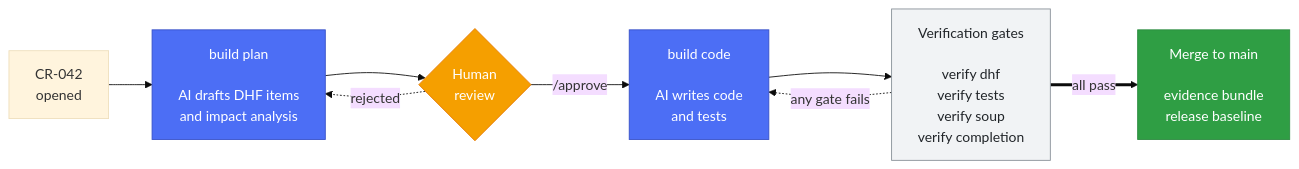
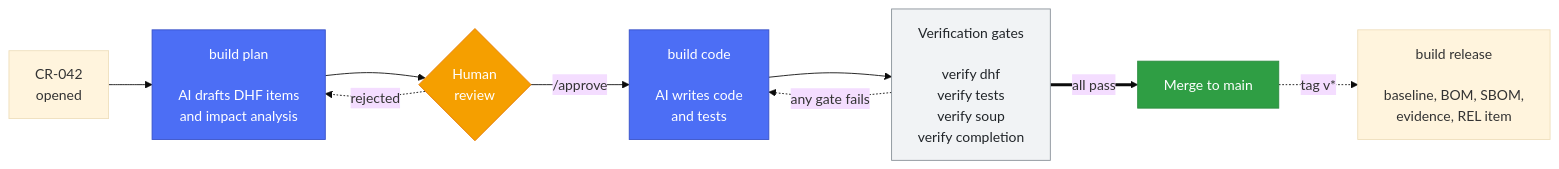
One commit to itercharles/MedHarness changed the diagram in README.md. Above: the diagram before and after it, drawn with Mermaid (base theme). The commit also changed other lines of this file and 68 other files, not shown here.

````diff
--- a/README.md
+++ b/README.md
@@ -57,16 +57,17 @@
 ```mermaid
 flowchart LR
     CR["CR-042<br/>opened"] --> PLAN
     PLAN["build plan<br/><br/>AI drafts DHF items<br/>and impact analysis"] --> REV{"Human<br/>review"}
     REV -.->|rejected| PLAN
     REV -->|"/approve"| IMPL["build code<br/><br/>AI writes code<br/>and tests"]
     IMPL --> GATES["Verification gates<br/><br/>verify dhf<br/>verify tests<br/>verify soup<br/>verify completion"]
     GATES -.->|any gate fails| IMPL
-    GATES ==>|all pass| MERGE["Merge to main<br/><br/>evidence bundle<br/>release baseline"]
+    GATES ==>|all pass| MERGE["Merge to main"]
+    MERGE -.->|"tag v*"| REL["build release<br/><br/>baseline, BOM, SBOM,<br/>evidence, REL item"]
 
     style PLAN fill:#4c6ef5,color:#fff,stroke:#364fc7
     style IMPL fill:#4c6ef5,color:#fff,stroke:#364fc7
     style REV fill:#f59f00,color:#fff,stroke:#e67700
     style GATES fill:#f1f3f5,color:#212529,stroke:#868e96
     style MERGE fill:#2f9e44,color:#fff,stroke:#2b8a3e
 ```
````
